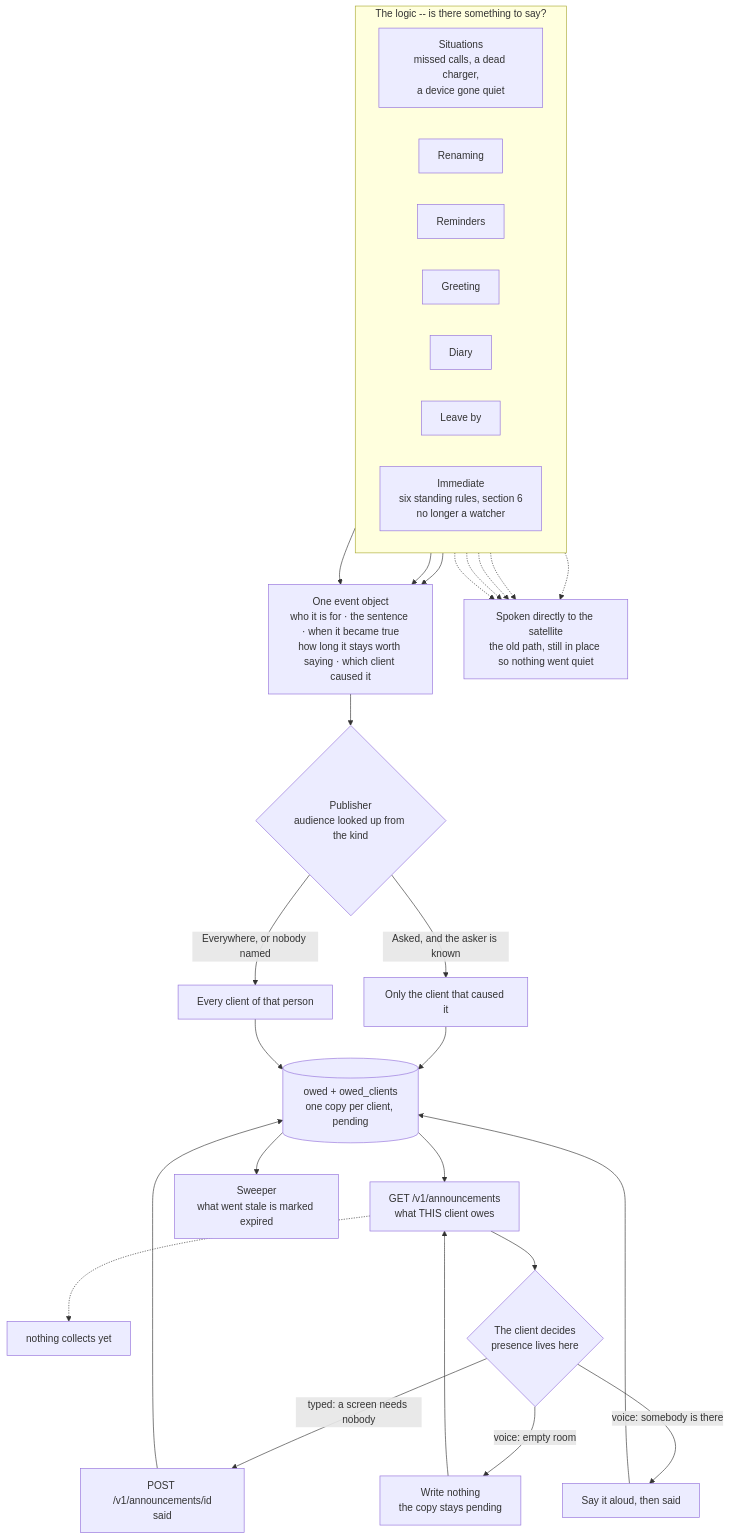
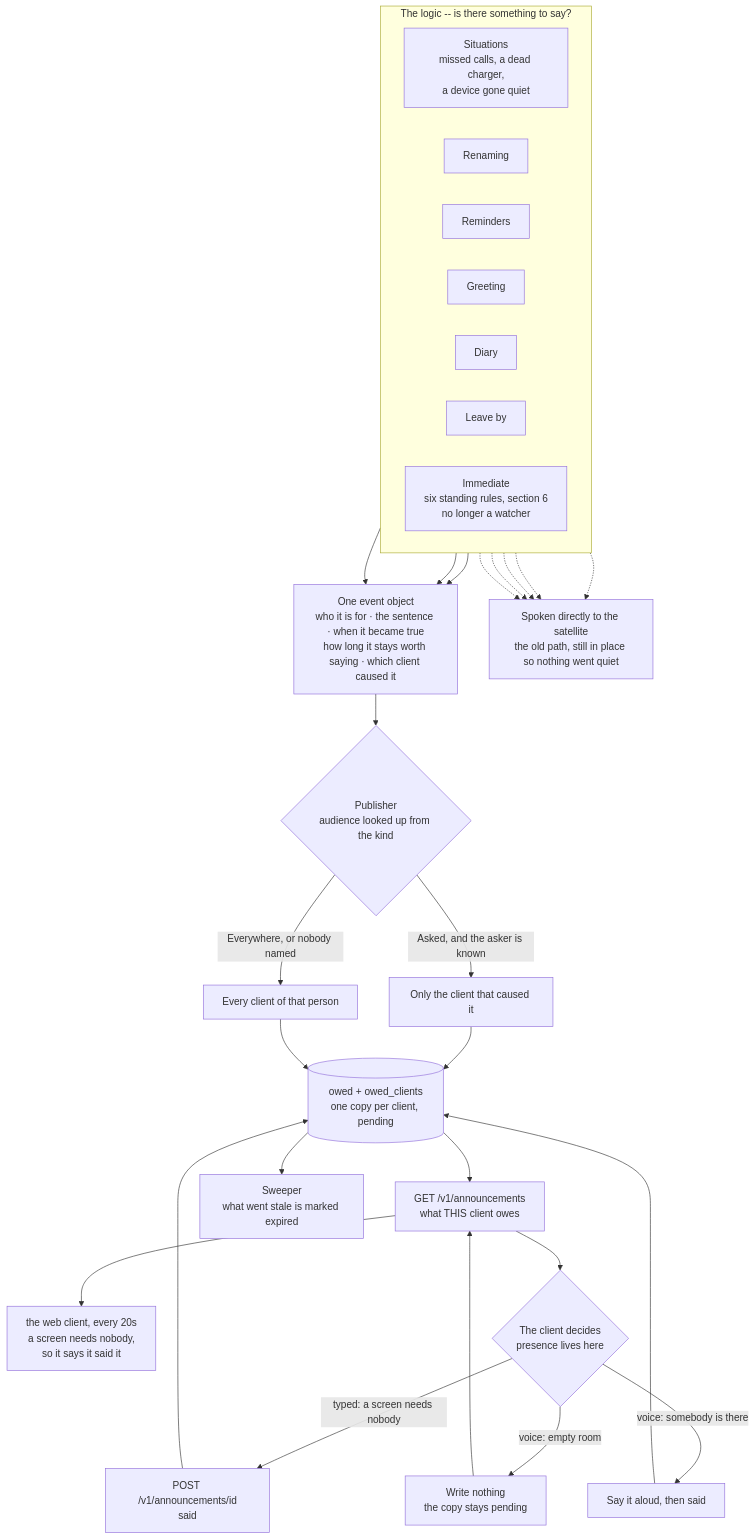
The third of 5 diagrams in FEATURES.md (DhanushRamesh/personal-assistant), drawn with Mermaid before and after one commit. The commit also changed other lines of this file and 6 other files, not shown here.

````diff
--- a/FEATURES.md
+++ b/FEATURES.md
@@ -93,47 +93,47 @@
 ```mermaid
 flowchart TB
     subgraph L["The logic -- is there something to say?"]
         direction LR
         SI["Situations<br/>missed calls, a dead charger,<br/>a device gone quiet"]
         RN["Renaming"]
         RM["Reminders"]
         GR["Greeting"]
         CO["Diary"]
         LV["Leave by"]
         IM["Immediate<br/>six standing rules, section 6<br/>no longer a watcher"]
     end
 
     SI --> EV
     RN --> EV
     RM -.-> OLD
     GR -.-> OLD
     CO -.-> OLD
     LV -.-> OLD
     IM --> EV
     RN -.-> OLD
 
     EV["One event object<br/>who it is for · the sentence · when it became true<br/>how long it stays worth saying · which client caused it"]
     EV --> PUB{"Publisher<br/>audience looked up from the kind"}
 
     PUB -- "Asked, and the asker is known" --> ONE["Only the client that caused it"]
     PUB -- "Everywhere, or nobody named" --> ALL["Every client of that person"]
 
     ONE --> DB
     ALL --> DB
     DB[("owed + owed_clients<br/>one copy per client, pending")]
 
     DB --> GET["GET /v1/announcements<br/>what THIS client owes"]
-    GET -.-> NOBODY["nothing collects yet"]
+    GET --> WEBCLIENT["the web client, every 20s<br/>a screen needs nobody,<br/>so it says it said it"]
     GET --> CL{"The client decides<br/>presence lives here"}
 
     CL -- "typed: a screen needs nobody" --> MARK["POST /v1/announcements/id<br/>said"]
     CL -- "voice: somebody is there" --> SAY["Say it aloud, then said"]
     CL -- "voice: empty room" --> KEEP["Write nothing<br/>the copy stays pending"]
     KEEP --> GET
 
     MARK --> DB
     SAY --> DB
     DB --> SW["Sweeper<br/>what went stale is marked expired"]
 
     OLD["Spoken directly to the satellite<br/>the old path, still in place so nothing went quiet"]
 ```
````
